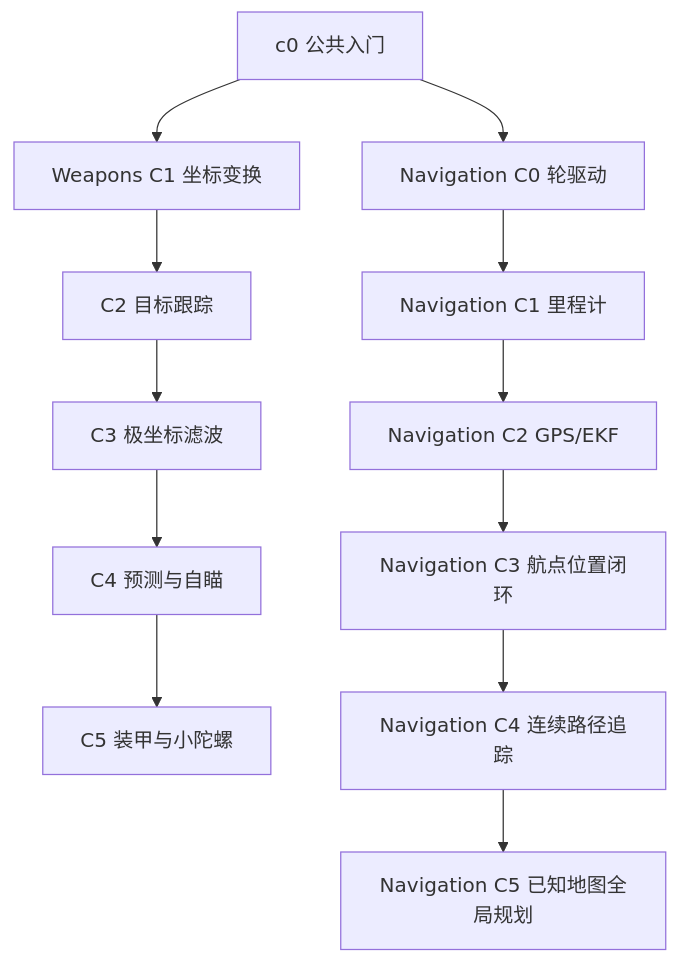
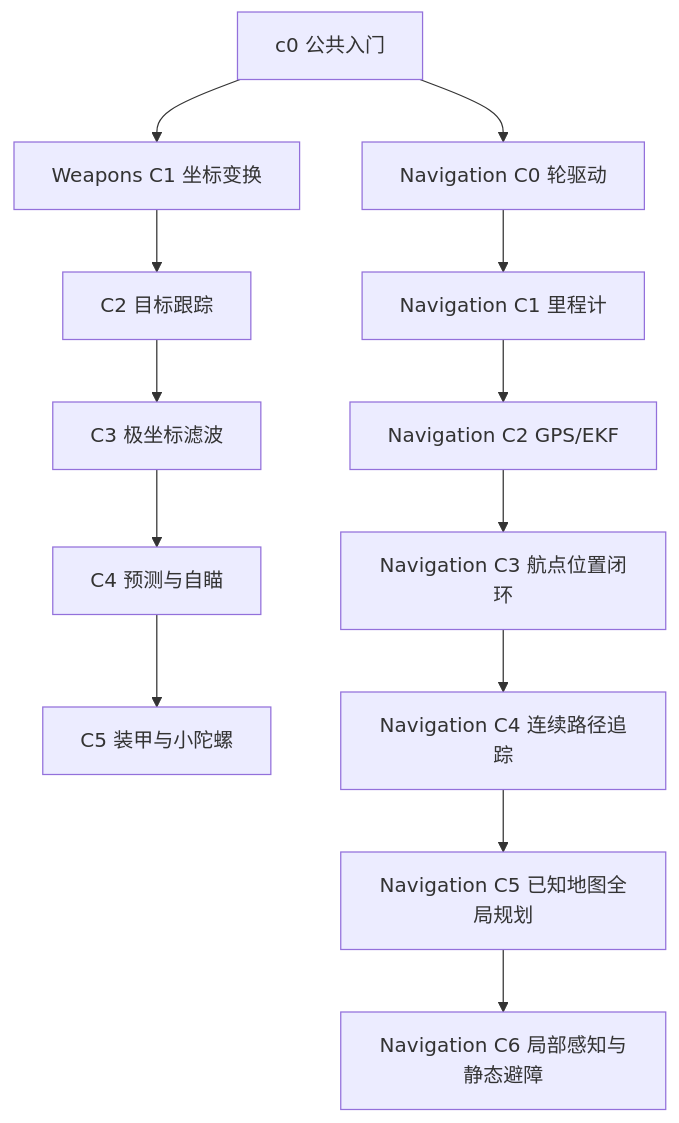
The diagram in docs/36_BRANCHING_PROGRESSION.md (Yangyongyu0506/TankBot), drawn with Mermaid before and after one commit. The commit also changed other lines of this file and 82 other files, not shown here.

````diff
--- a/docs/36_BRANCHING_PROGRESSION.md
+++ b/docs/36_BRANCHING_PROGRESSION.md
@@ -7,14 +7,15 @@
 ```mermaid
 flowchart TD
     I[c0 公共入门] --> W1[Weapons C1 坐标变换]
     I --> N0[Navigation C0 轮驱动]
     W1 --> W2[C2 目标跟踪]
     W2 --> W3[C3 极坐标滤波]
     W3 --> W4[C4 预测与自瞄]
     W4 --> W5[C5 装甲与小陀螺]
     N0 --> N1[Navigation C1 里程计]
     N1 --> N2[Navigation C2 GPS/EKF]
     N2 --> N3[Navigation C3 航点位置闭环]
     N3 --> N4[Navigation C4 连续路径追踪]
     N4 --> N5[Navigation C5 已知地图全局规划]
+    N5 --> N6[Navigation C6 局部感知与静态避障]
 ```
````
